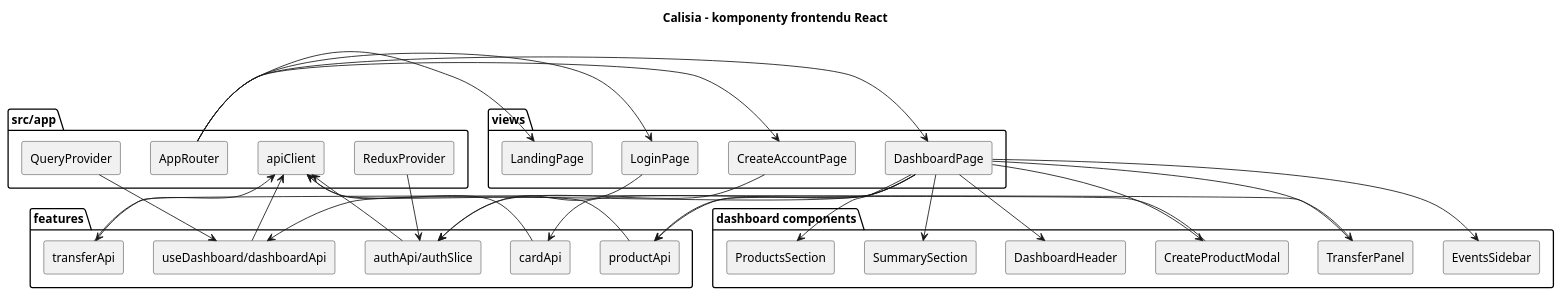
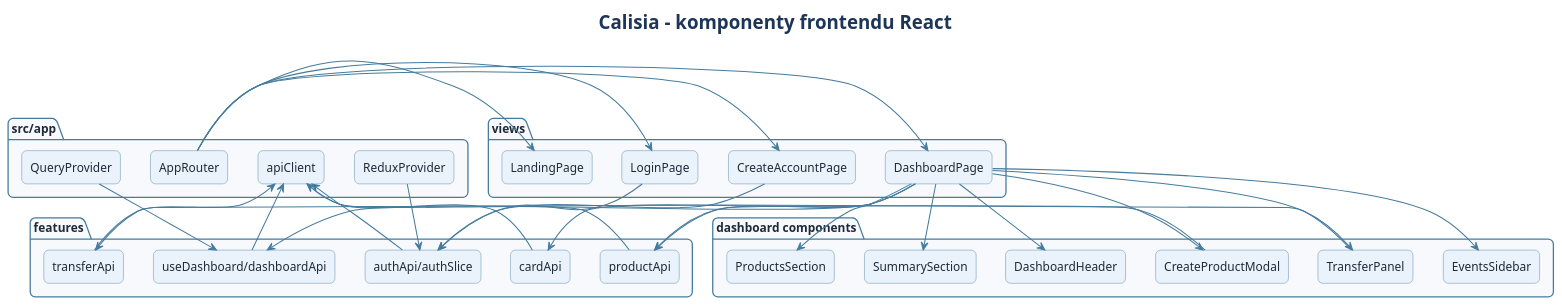
One commit to jwolczko/Application-team-project changed the diagram in docs/uml/05_frontend_komponenty.puml. Above: the diagram before and after it, drawn with PlantUML. The commit also changed 23 other files, not shown here.

```diff
--- a/docs/uml/05_frontend_komponenty.puml
+++ b/docs/uml/05_frontend_komponenty.puml
@@ -1,61 +1,77 @@
 @startuml
 title Calisia - komponenty frontendu React
 skinparam componentStyle rectangle
 skinparam shadowing false
+skinparam backgroundColor #FFFFFF
+skinparam defaultFontName Arial
+skinparam defaultFontColor #1F2937
+skinparam ArrowColor #457B9D
+skinparam ArrowThickness 1.2
+skinparam RoundCorner 12
+skinparam titleFontColor #1D3557
+skinparam titleFontSize 22
+skinparam package {
+  BackgroundColor #F7F9FC
+  BorderColor #457B9D
+}
+skinparam component {
+  BackgroundColor #EAF3FB
+  BorderColor #457B9D
+}
 
 package "src/app" {
   component "AppRouter" as Router
   component "ReduxProvider" as ReduxProvider
   component "QueryProvider" as QueryProvider
   component "apiClient" as ApiClient
 }
 
 package "views" {
   component "LandingPage" as Landing
   component "LoginPage" as Login
   component "CreateAccountPage" as Register
   component "DashboardPage" as Dashboard
 }
 
 package "dashboard components" {
   component "DashboardHeader" as Header
   component "SummarySection" as Summary
   component "ProductsSection" as Products
   component "EventsSidebar" as Events
   component "TransferPanel" as TransferPanel
   component "CreateProductModal" as ProductModal
 }
 
 package "features" {
   component "authApi/authSlice" as Auth
   component "useDashboard/dashboardApi" as DashboardApi
   component "transferApi" as TransferApi
   component "productApi" as ProductApi
   component "cardApi" as CardApi
 }
 
 Router --> Landing
 Router --> Login
 Router --> Register
 Router --> Dashboard
 Dashboard --> Header
 Dashboard --> Summary
 Dashboard --> Products
 Dashboard --> Events
 Dashboard --> TransferPanel
 Dashboard --> ProductModal
 Login --> Auth
 Register --> Auth
 Dashboard --> DashboardApi
 TransferPanel --> TransferApi
 ProductModal --> ProductApi
 Dashboard --> ProductApi
 Dashboard --> CardApi
 Auth --> ApiClient
 DashboardApi --> ApiClient
 TransferApi --> ApiClient
 ProductApi --> ApiClient
 CardApi --> ApiClient
 ReduxProvider --> Auth
 QueryProvider --> DashboardApi
 @enduml
```
